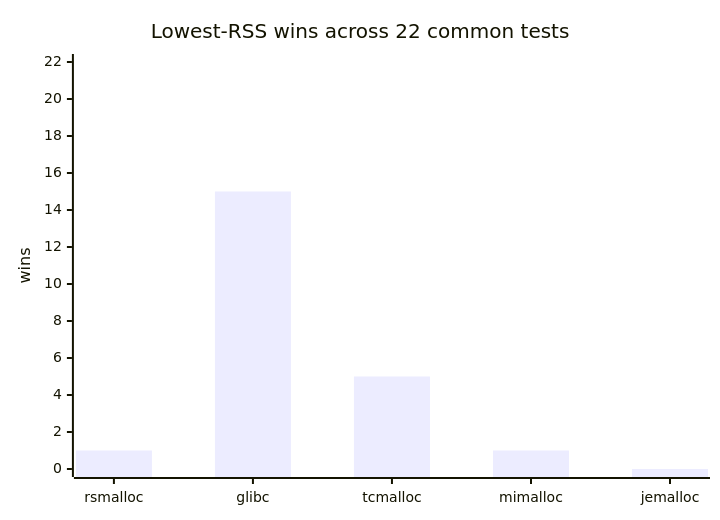
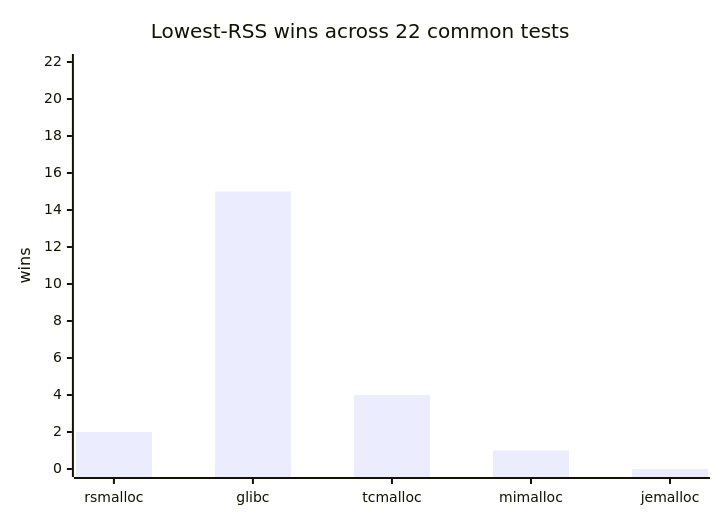
The second of 8 diagrams in benchmarks/benchmarks.md (Metehan120/rsmalloc), drawn with Mermaid before and after one commit. The commit also changed other lines of this file and 1 other file, not shown here.

````diff
--- a/benchmarks/benchmarks.md
+++ b/benchmarks/benchmarks.md
@@ -88,7 +86,7 @@
 ```mermaid
 xychart-beta
     title "Lowest-RSS wins across 22 common tests"
     x-axis [rsmalloc, glibc, tcmalloc, mimalloc, jemalloc]
     y-axis "wins" 0 --> 22
-    bar [1, 15, 5, 1, 0]
+    bar [2, 15, 4, 1, 0]
 ```
````
